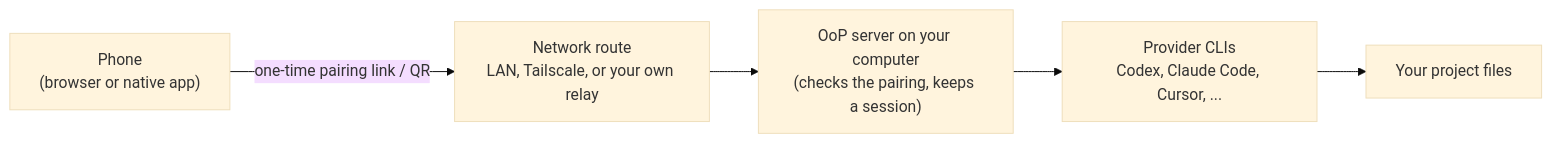
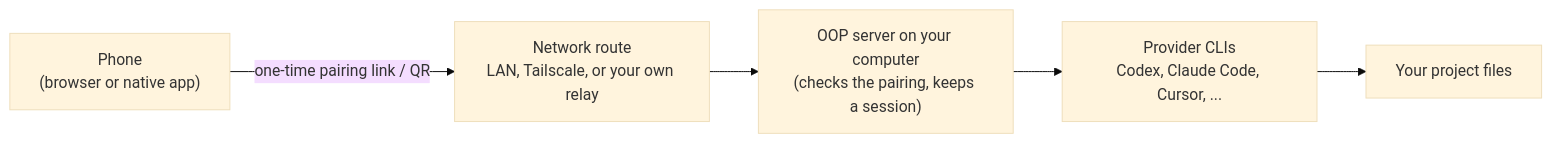
One commit to AIBeginnerX/oh-our-pi-desktop changed the diagram in README.md. Above: the diagram before and after it, drawn with Mermaid (base theme). The commit also changed other lines of this file and 360 other files, not shown here.

````diff
--- a/README.md
+++ b/README.md
@@ -354,7 +354,7 @@
 ```mermaid
 graph LR
     P["Phone<br/>(browser or native app)"] -->|"one-time pairing link / QR"| N["Network route<br/>LAN, Tailscale, or your own relay"]
-    N --> S["OoP server on your computer<br/>(checks the pairing, keeps a session)"]
+    N --> S["OOP server on your computer<br/>(checks the pairing, keeps a session)"]
     S --> C["Provider CLIs<br/>Codex, Claude Code, Cursor, ..."]
     C --> F["Your project files"]
 ```
````
